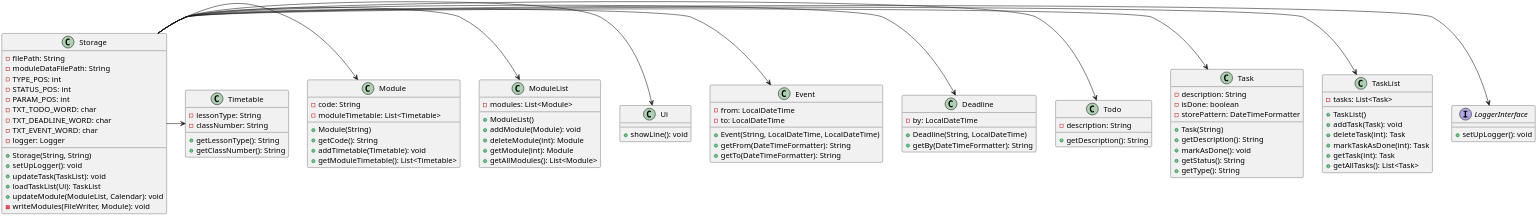
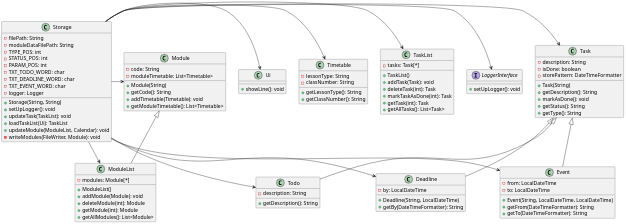
Before and after one commit to nus-cs2113-AY2223S2/tp: the diagram in docs/uml-source/class/Storage.puml, drawn with PlantUML. The commit also changed 8 other files, not shown here.

Commit message:
Changed UML diagrams

```diff
--- a/docs/uml-source/class/Storage.puml
+++ b/docs/uml-source/class/Storage.puml
@@ -1,114 +1,112 @@
 @startuml
 'https://plantuml.com/class-diagram
-scale 3.0
+scale 2.0
 
 interface LoggerInterface {
     + setUpLogger(): void
 }
-
 class Storage {
     - filePath: String
     - moduleDataFilePath: String
     - TYPE_POS: int
     - STATUS_POS: int
     - PARAM_POS: int
     - TXT_TODO_WORD: char
     - TXT_DEADLINE_WORD: char
     - TXT_EVENT_WORD: char
     - logger: Logger
 
     + Storage(String, String)
     + setUpLogger(): void
     + updateTask(TaskList): void
     + loadTaskList(Ui): TaskList
     + updateModule(ModuleList, Calendar): void
     - writeModules(FileWriter, Module): void
 }
 
 class TaskList {
-    - tasks: List<Task>
-
+    -tasks: Task[*]
     + TaskList()
     + addTask(Task): void
     + deleteTask(int): Task
     + markTaskAsDone(int): Task
     + getTask(int): Task
     + getAllTasks(): List<Task>
 }
 
 class Task {
     - description: String
     - isDone: boolean
     - storePattern: DateTimeFormatter
 
     + Task(String)
     + getDescription(): String
     + markAsDone(): void
     + getStatus(): String
     + getType(): String
 }
 
-class Todo {
+class Todo extends Task {
 - description: String
 +getDescription(): String
 }
-class Deadline {
+
+class Deadline extends Task {
     - by: LocalDateTime
 
     + Deadline(String, LocalDateTime)
     + getBy(DateTimeFormatter): String
 }
 
-class Event {
+class Event extends Task {
     - from: LocalDateTime
     - to: LocalDateTime
 
     + Event(String, LocalDateTime, LocalDateTime)
     + getFrom(DateTimeFormatter): String
     + getTo(DateTimeFormatter): String
 }
 
 class Ui {
     + showLine(): void
 }
 
-class ModuleList {
-    - modules: List<Module>
-
+class ModuleList extends Module {
+     -modules: Module[*]
     + ModuleList()
     + addModule(Module): void
     + deleteModule(int): Module
     + getModule(int): Module
     + getAllModules(): List<Module>
 }
 
 class Module {
     - code: String
     - moduleTimetable: List<Timetable>
 
     + Module(String)
     + getCode(): String
     + addTimetable(Timetable): void
     + getModuleTimetable(): List<Timetable>
 }
 
 class Timetable {
     - lessonType: String
     - classNumber: String
 
     + getLessonType(): String
     + getClassNumber(): String
 }
 
 Storage -> LoggerInterface
 Storage -> TaskList
 Storage -> Task
 Storage -> Todo
 Storage -> Deadline
 Storage -> Event
 Storage -> Ui
 Storage -> ModuleList
 Storage -> Module
 Storage -> Timetable
 
 @enduml
```
